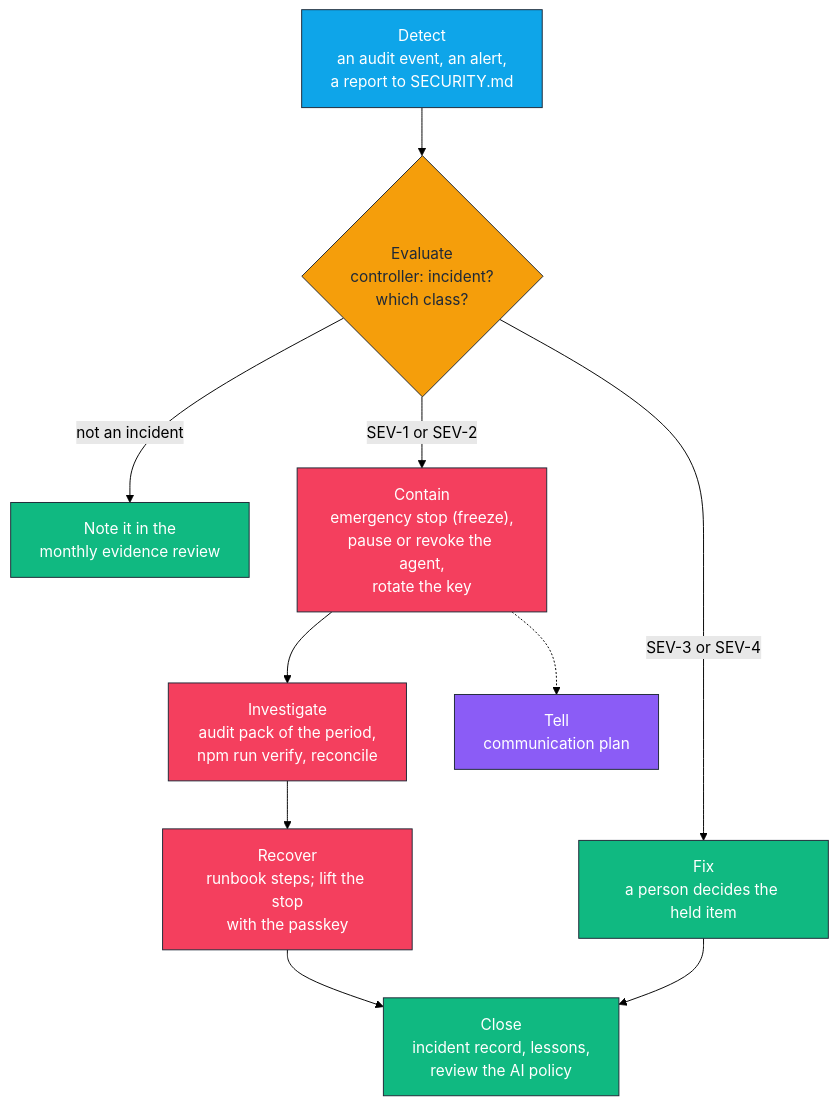
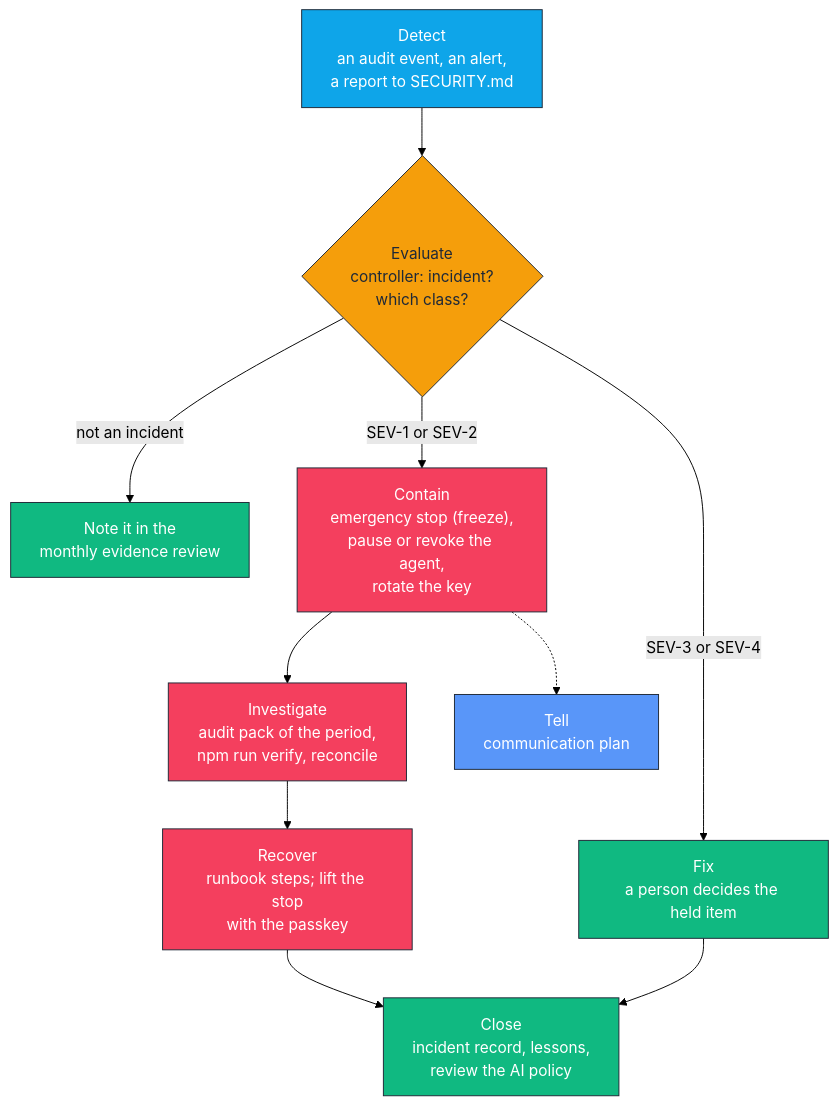
The diagram in docs/compliance/incident-response.md (agamemnon-coder/x402-business-agents), drawn with Mermaid (forest theme) before and after one commit. The commit also changed other lines of this file and 184 other files, not shown here.

````diff
--- a/docs/compliance/incident-response.md
+++ b/docs/compliance/incident-response.md
@@ -47,22 +47,22 @@
 ```mermaid
 flowchart TB
   D["Detect<br/>an audit event, an alert,<br/>a report to SECURITY.md"] --> E{"Evaluate<br/>controller: incident?<br/>which class?"}
   E -- "not an incident" --> N["Note it in the<br/>monthly evidence review"]
   E -- "SEV-1 or SEV-2" --> S["Contain<br/>emergency stop (freeze),<br/>pause or revoke the agent,<br/>rotate the key"]
   E -- "SEV-3 or SEV-4" --> F["Fix<br/>a person decides the held item"]
   S --> I["Investigate<br/>audit pack of the period,<br/>npm run verify, reconcile"]
   I --> R["Recover<br/>runbook steps; lift the stop<br/>with the passkey"]
   R --> C["Close<br/>incident record, lessons,<br/>review the AI policy"]
   F --> C
   S -.-> T["Tell<br/>communication plan"]
   classDef detect fill:#0ea5e9,stroke:#1f2937,color:#fff
   classDef decide fill:#f59e0b,stroke:#1f2937,color:#1f2937
   classDef act fill:#f43f5e,stroke:#1f2937,color:#fff
   classDef done fill:#10b981,stroke:#1f2937,color:#fff
-  classDef tell fill:#8b5cf6,stroke:#1f2937,color:#fff
+  classDef tell fill:#5996f9,stroke:#1f2937,color:#fff
   class D detect
   class E decide
   class S,I,R act
   class F,N,C done
   class T tell
 ```
````
